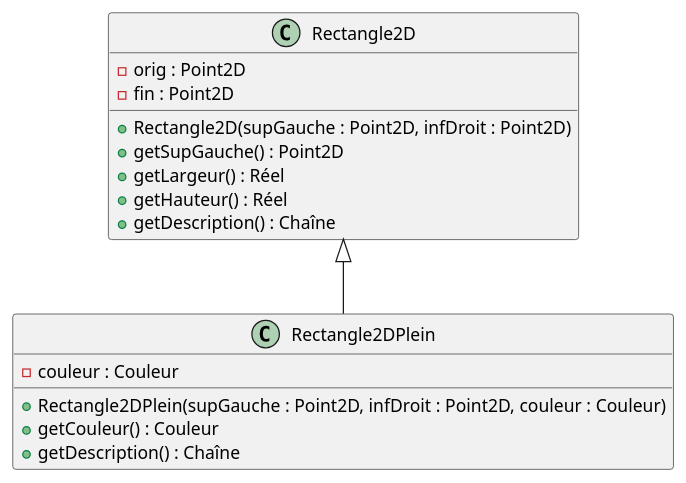
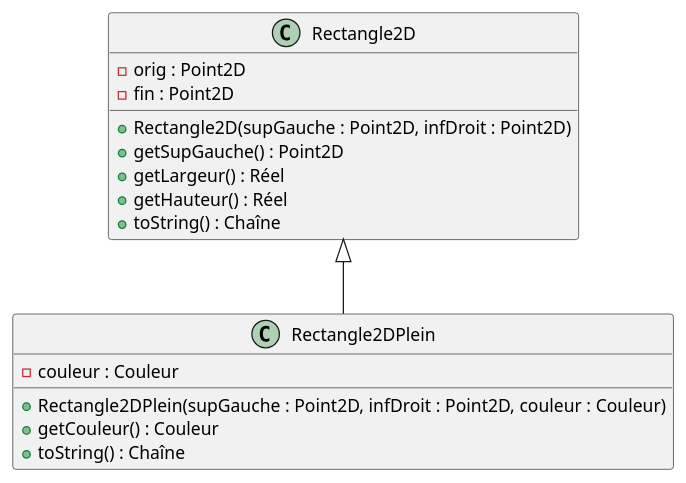
One commit to hal91190/refcard-java changed the fifth of 7 diagrams in src/docs/asciidoc/inheritance.adoc. Above: the diagram before and after it, drawn with PlantUML. The commit also changed other lines of this file and 3 other files, not shown here.

```diff
--- a/src/docs/asciidoc/inheritance.adoc
+++ b/src/docs/asciidoc/inheritance.adoc
@@ -219,21 +219,21 @@
 [plantuml,rectangle_et_rectangle_plein_polym,png]
 ....
 class Rectangle2D {
     -orig : Point2D
     -fin : Point2D
     +Rectangle2D(supGauche : Point2D, infDroit : Point2D)
     +getSupGauche() : Point2D
     +getLargeur() : Réel
     +getHauteur() : Réel
-    +getDescription() : Chaîne
+    +toString() : Chaîne
 }
 
 class Rectangle2DPlein {
     -couleur : Couleur
     +Rectangle2DPlein(supGauche : Point2D, infDroit : Point2D, couleur : Couleur)
     +getCouleur() : Couleur
-    +getDescription() : Chaîne
+    +toString() : Chaîne
 }
 
 Rectangle2D <|-- Rectangle2DPlein
 ....
```
